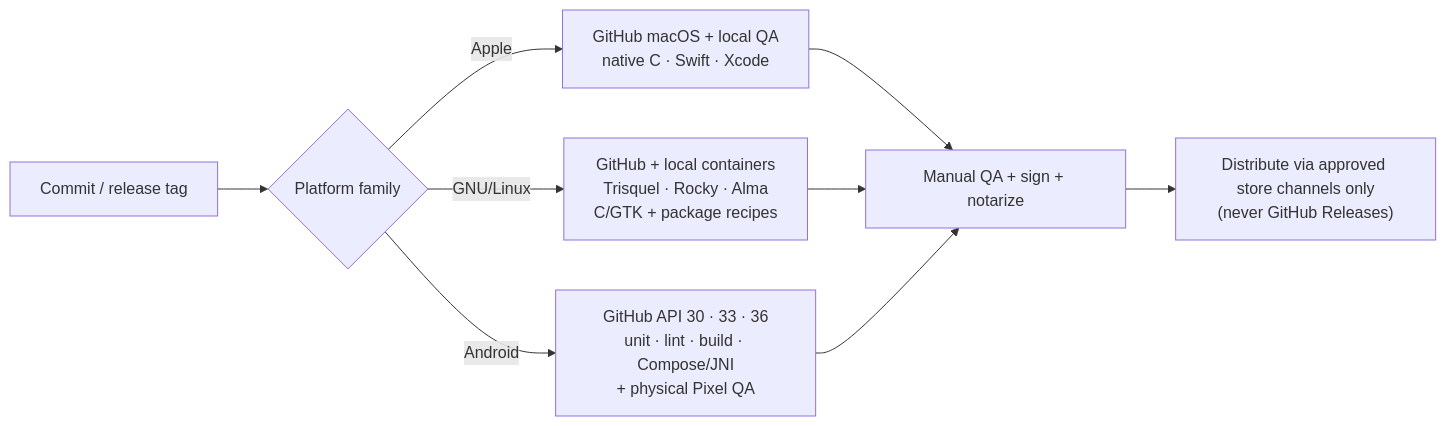
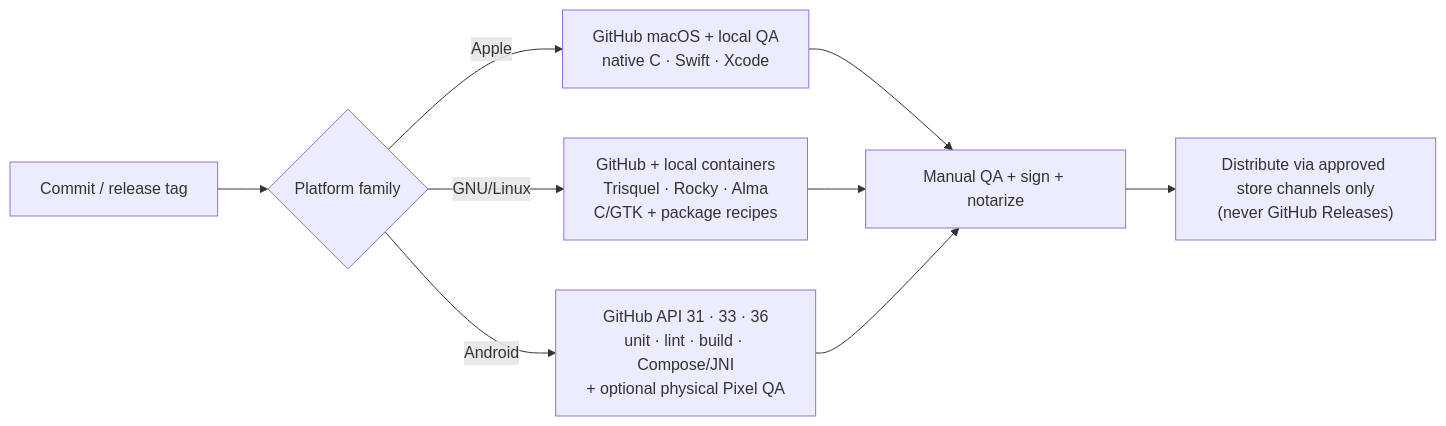
One commit to JohnThre/clambhook changed the diagram in docs/release-validation.md. Above: the diagram before and after it, drawn with Mermaid. The commit also changed other lines of this file and 19 other files, not shown here.

Commit message:
Raise Android floor to API 31

````diff
--- a/docs/release-validation.md
+++ b/docs/release-validation.md
@@ -24,11 +24,11 @@
 ```mermaid
 flowchart LR
     commit["Commit / release tag"] --> gate{Platform family}
     gate -->|Apple| apple["GitHub macOS + local QA<br/>native C · Swift · Xcode"]
     gate -->|"GNU/Linux"| linux["GitHub + local containers<br/>Trisquel · Rocky · Alma<br/>C/GTK + package recipes"]
-    gate -->|Android| android["GitHub API 30 · 33 · 36<br/>unit · lint · build · Compose/JNI<br/>+ physical Pixel QA"]
+    gate -->|Android| android["GitHub API 31 · 33 · 36<br/>unit · lint · build · Compose/JNI<br/>+ optional physical Pixel QA"]
     apple --> qa["Manual QA + sign + notarize"]
     linux --> qa
     android --> qa
     qa --> dist["Distribute via approved store channels only<br/>(never GitHub Releases)"]
 ```
````
